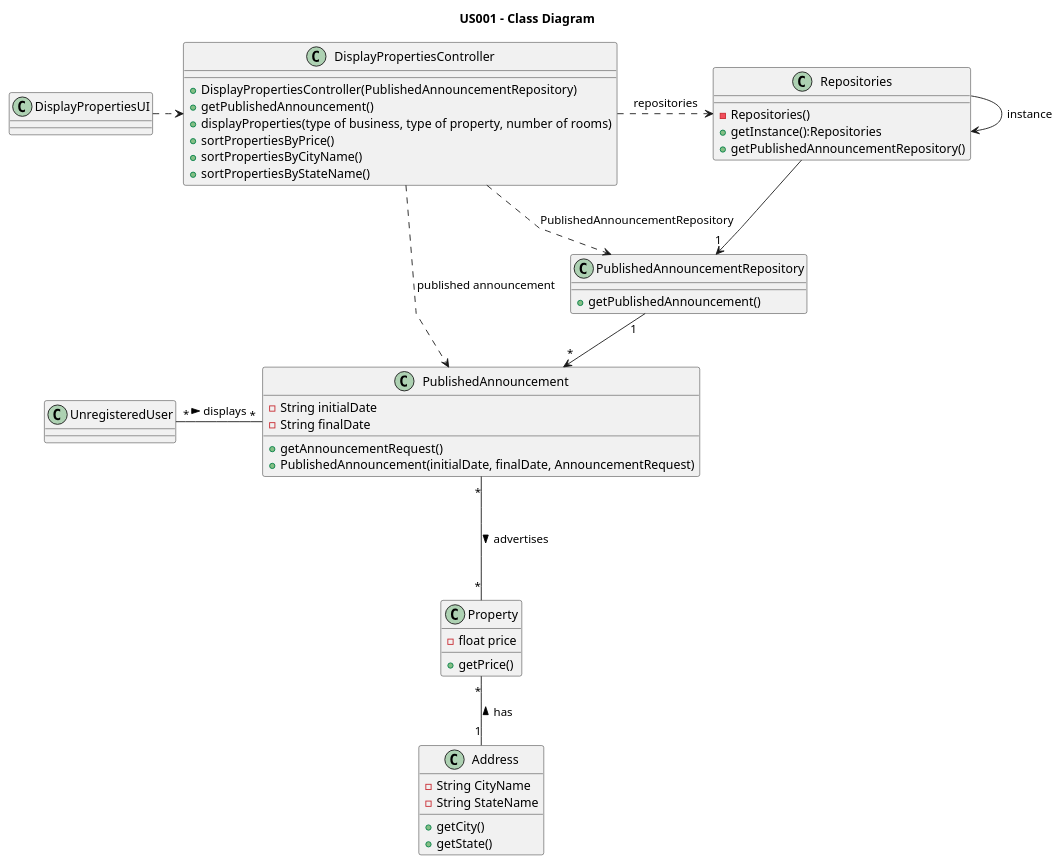
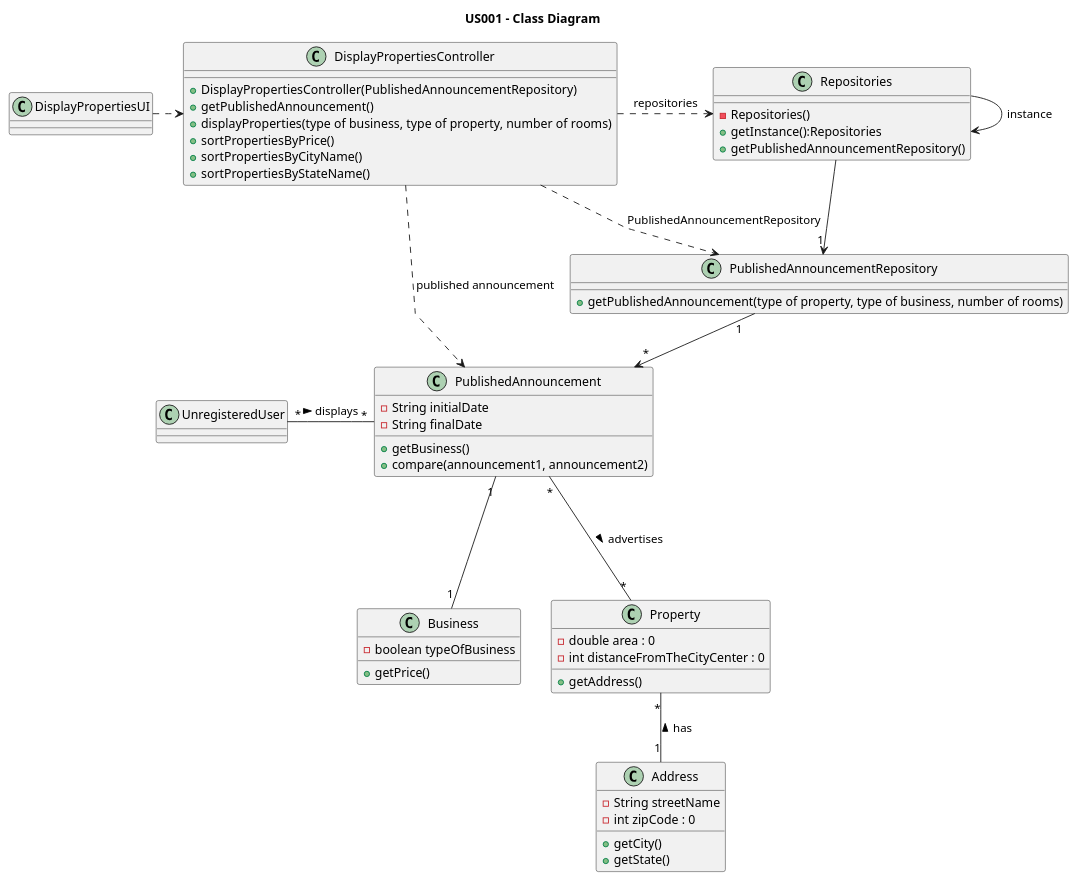
One commit to PureNimble/ISEP-LAPR2 changed the diagram in docs/sprintB/US01/03.design/puml/us01-class-diagram.puml. Above: the diagram before and after it, drawn with PlantUML. The commit also changed 2 other files, not shown here.

```diff
--- a/docs/sprintB/US01/03.design/puml/us01-class-diagram.puml
+++ b/docs/sprintB/US01/03.design/puml/us01-class-diagram.puml
@@ -1,191 +1,193 @@
 @startuml
 
 title US001 - Class Diagram
 
 
 skinparam packageStyle rectangle
 skinparam shadowing false
 skinparam linetype polyline
 
 'skinparam linetype orto
 'skinparam monochrome true
 'left to right direction
 
 
 
 
 class Address {
-    '- String streetName
-    '- int zipCode : 0
-     - String CityName
-     - String StateName
+    - String streetName
+    - int zipCode : 0
+    '- String CityName
+    '- String StateName
 
     '+verifyZipCode()
     +getCity()
     '+getDistrict()
     +getState()
     '+Address(state, district, city, street, zipCode)
 }
 
 /'class AvailableEquipment {
     - String typeOfEquipment
 
     +AvailableEquipment(typeOfEquipment)
 }
 '/
 
 
-/'class Business {
-    - double requestedPrice : 0
+class Business {
+    '- double requestedPrice : 0
+     - boolean typeOfBusiness
 
-    +getFinalComission()
-    +calculatePriceWithComission()
+    '+getFinalComission()
+    '+calculatePriceWithComission()
+     +getPrice()
 }
-'/
+
 
 
 /'class City {
     - String cityName
 }
 '/
 
 /'class Comission {
     - double percentage : 0
     - double staticValue : 0
 
     + calculateFinalComission()
 }
 '/
 
 
 class DisplayPropertiesController {
     + DisplayPropertiesController(PublishedAnnouncementRepository)
     + getPublishedAnnouncement()
     + displayProperties(type of business, type of property, number of rooms)
     + sortPropertiesByPrice()
     + sortPropertiesByCityName()
     + sortPropertiesByStateName()
 }
 
 class DisplayPropertiesUI {
-
 }
 
 /'class District {
     - String districtName
 }
 '/
 
 
 /'class House {
     - Boolean existenceOfBasement : false
     - Boolean existenceOfInhabitableLoft : false
 
     +House(existenceOfBasement, existenceOfInhabitableLoft)
 }
 '/
 
 
 /'
 class Photos {
     - String URI
 }
 '/
 
 class Property {
-    '- double area : 0
-    '- int distanceFromTheCityCenter : 0
-     - float price
+    - double area : 0
+    - int distanceFromTheCityCenter : 0
+    '- float price
 
     '+ Property(area, distanceFromTheCityCenter)
-     +getPrice()
+     +getAddress()
 }
 
 class PublishedAnnouncement {
     - String initialDate
     - String finalDate
 
-    + getAnnouncementRequest()
-    + PublishedAnnouncement(initialDate, finalDate, AnnouncementRequest)
+    + getBusiness()
+    + compare(announcement1, announcement2)
 }
 
 class PublishedAnnouncementRepository {
-    + getPublishedAnnouncement()
+    + getPublishedAnnouncement(type of property, type of business, number of rooms)
 
 }
 
 
 /'class Rent {
     - int durationOfContract: 0
 
     + getFinalComission()
     + calculateTotalPrice()
 }
 '/
 
 
 class Repositories {
     - Repositories()
     + getInstance():Repositories
     + getPublishedAnnouncementRepository()
 }
 
 /'class Residence {
     - int numberOfBedrooms : 0
     - int numberOfBathrooms : 0
     - int numberOfParkingSpaces : 0
 
     + Residence(numberOfBedrooms, numberOfBathrooms, numberOfParkingSpaces)
 }
 '/
 
 
 /' class State {
     - String stateName
 }
 '/
 
 /'class SunExposure {
     - String direction
 
     + SunExposure(direction)
 }
 '/
 
 
 class UnregisteredUser {
 
 }
 
 
 'Business <|-- Rent
 
 'City "1" --- "*" Address : is in <
 'Comission "1" -right- "1" Business : contains <
 
 DisplayPropertiesController .> Repositories : repositories
 DisplayPropertiesController .> PublishedAnnouncementRepository : PublishedAnnouncementRepository
 DisplayPropertiesController .> PublishedAnnouncement : published announcement
 DisplayPropertiesUI .> DisplayPropertiesController
 'District "1" --- "*" City : is in <
 
 'House "*" --- "1" SunExposure : has <
 
 'Property <|--- Residence
 Property "*" -- "1" Address : has <
 'Property "1" --- "1" Business : has <
 'Property "1" -right- "*" Photos : has >
 PublishedAnnouncement "*" --- "*" Property: advertises >
 PublishedAnnouncementRepository "1" --> "*" PublishedAnnouncement
+PublishedAnnouncement "1" --- "1" Business
 
 Repositories --> "1" PublishedAnnouncementRepository
 Repositories -> Repositories : instance
 'Residence "*" --- "1" AvailableEquipment : has <
 'Residence <|--- House
 
 'State "1" --- "*" District : is in <
 'State "1" --- "*" City : is in <
 
 UnregisteredUser "*" -right- "*" PublishedAnnouncement: displays >
 
 @enduml
```
